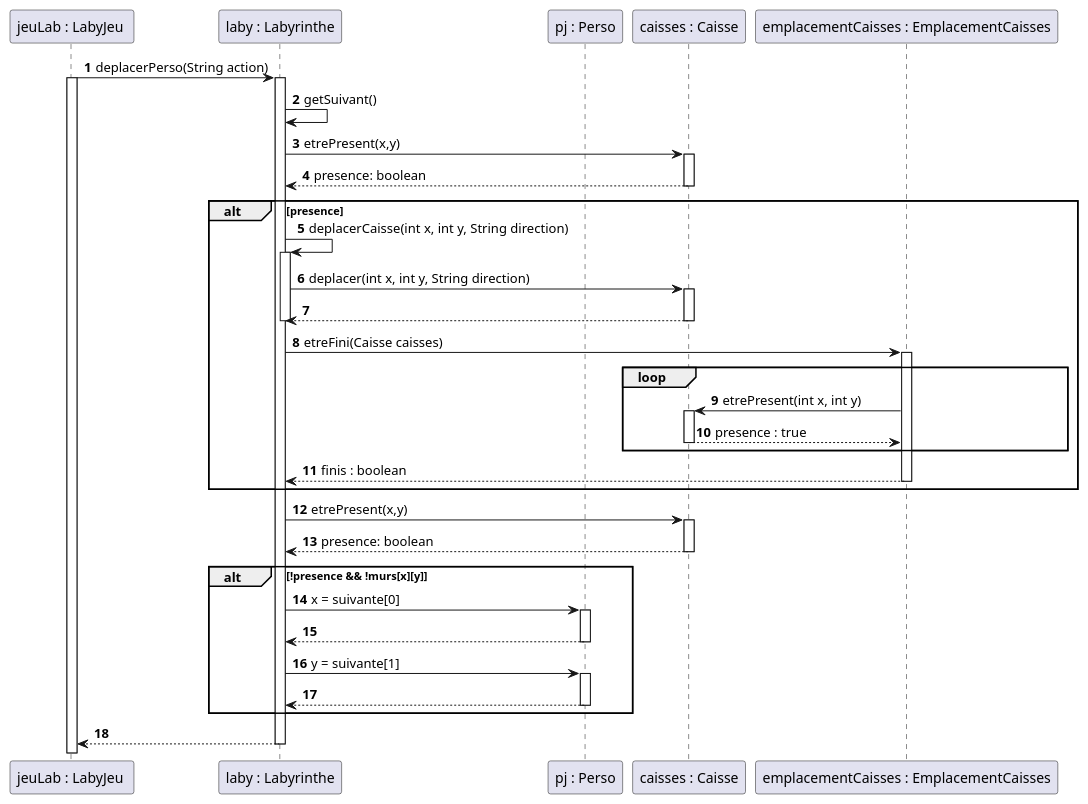
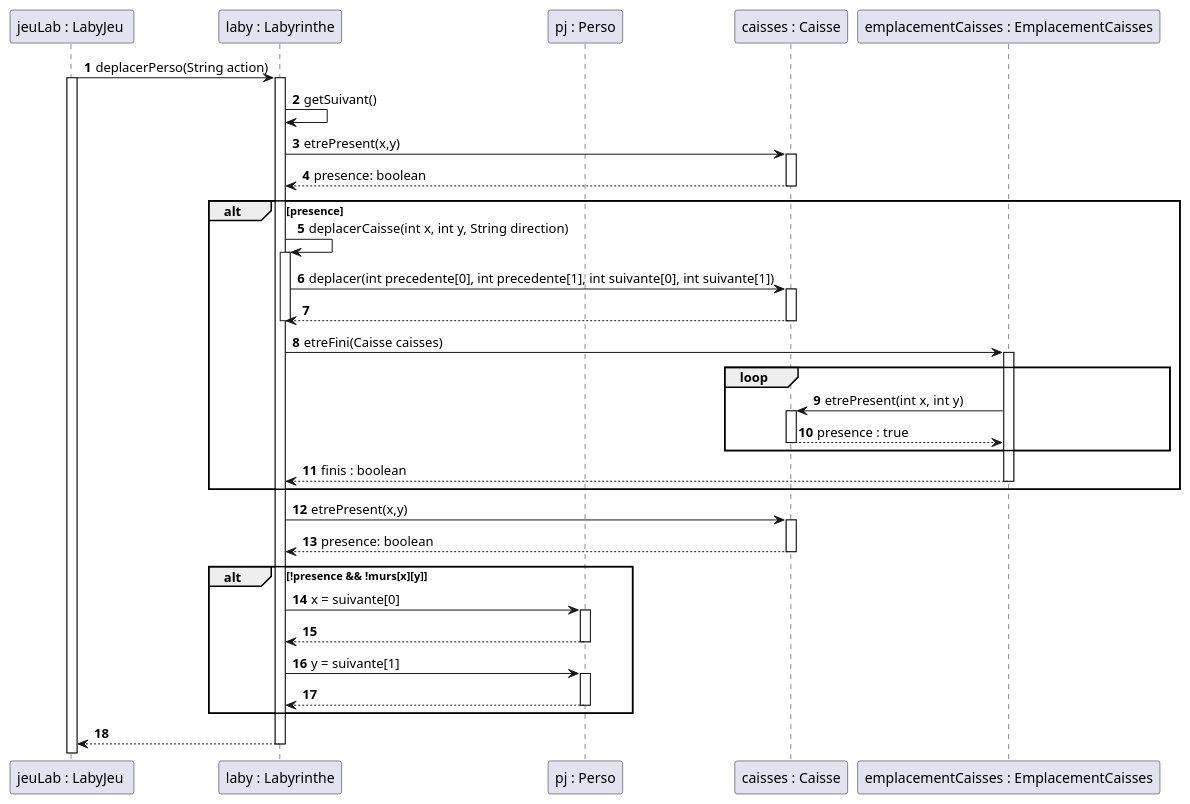
Before and after one commit to Flotss/Zeldiablo: the diagram in documents/version_3/Diagramme sequence Probleme de Sokoban.puml, drawn with PlantUML. The commit also changed 2 other files, not shown here.

Commit message:
correction diagramme sequence

```diff
--- a/documents/version_3/Diagramme sequence Probleme de Sokoban.puml
+++ b/documents/version_3/Diagramme sequence Probleme de Sokoban.puml
@@ -1,63 +1,63 @@
 @startuml
 'https://plantuml.com/sequence-diagram
 participant "jeuLab : LabyJeu " as lj
 participant "laby : Labyrinthe" as l
 participant "pj : Perso" as p
 participant "caisses : Caisse" as c
 participant "emplacementCaisses : EmplacementCaisses" as ep
 
 
 autonumber
 
 lj -> l : deplacerPerso(String action)
 activate lj
 activate l
 l -> l : getSuivant()
 l -> c : etrePresent(x,y)
 activate c
 l <-- c : presence: boolean
 deactivate c
 
 alt presence
     l -> l : deplacerCaisse(int x, int y, String direction)
     activate l
-    l -> c : deplacer(int x, int y, String direction)
+    l -> c : deplacer(int precedente[0], int precedente[1], int suivante[0], int suivante[1])
     activate c
     l <-- c
     deactivate c
     deactivate l
      l -> ep : etreFini(Caisse caisses)
      activate ep
      loop
      ep -> c : etrePresent(int x, int y)
      activate c
      ep <-- c : presence : true
      deactivate c
      end
      l <-- ep : finis : boolean
      deactivate ep
 end
 l -> c : etrePresent(x,y)
 activate c
 l <-- c : presence: boolean
 deactivate c
 
 alt !presence && !murs[x][y]
 
     l -> p : x = suivante[0]
     activate p
     l <-- p
     deactivate p
     l -> p : y = suivante[1]
     activate p
     l <-- p
     deactivate p
 end
 
 lj <-- l
 deactivate l
 
 
 
 
 @enduml
```
